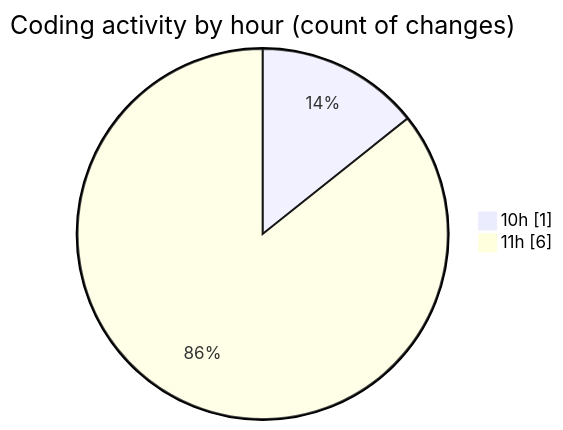
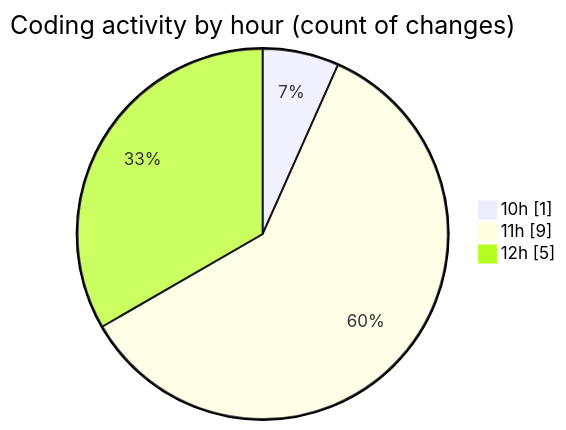
The second of 2 diagrams in 2025-07-10/argos/README.md (nxtqubesakshisongat/code-tracking), drawn with Mermaid before and after one commit. The commit also changed other lines of this file and 1 other file, not shown here.

````diff
--- a/2025-07-10/argos/README.md
+++ b/2025-07-10/argos/README.md
@@ -29,6 +29,7 @@
 ```mermaid
 pie showData
 title Coding activity by hour (count of changes)
 "10h" : 1
-"11h" : 6
+"11h" : 9
+"12h" : 5
 ```
````
